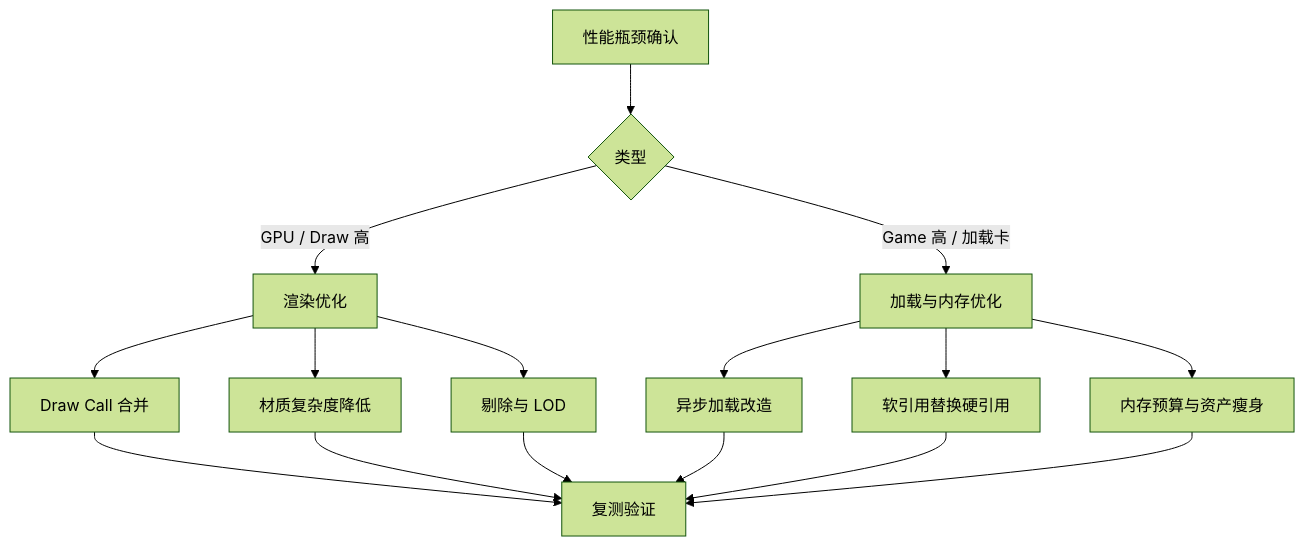
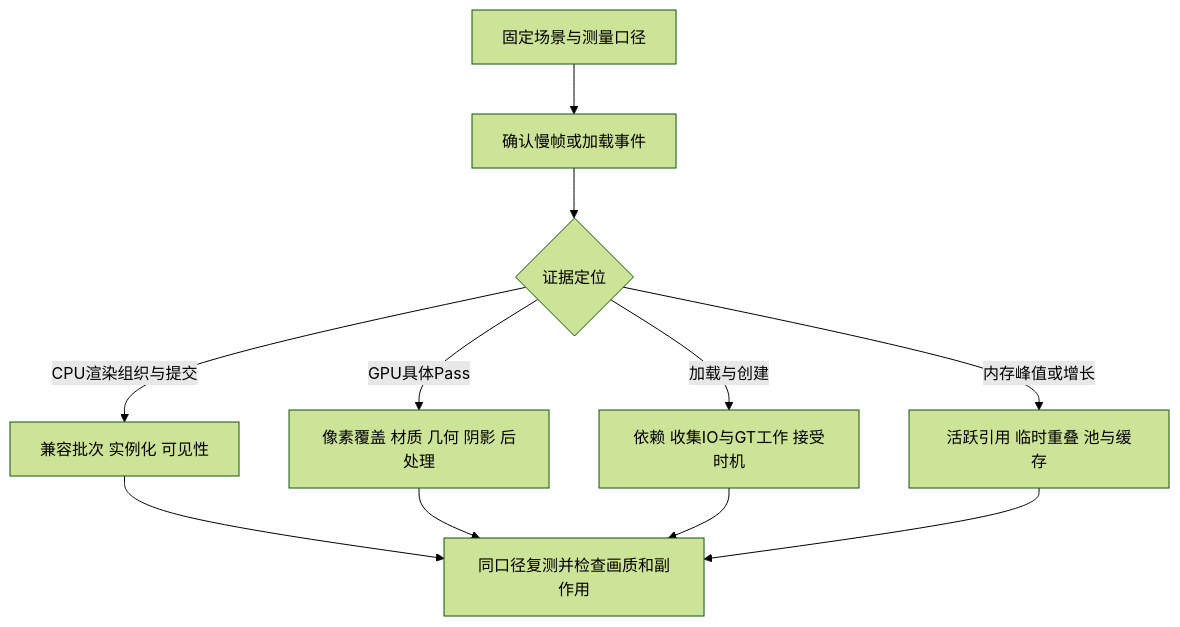
The first of 6 diagrams in 知识/08-工程实践与质量/调试与性能分析/04-渲染与加载性能优化.md (fantuan812/learning), drawn with Mermaid (forest theme) before and after one commit. The commit also changed other lines of this file and 1 other file, not shown here.

````diff
--- a/知识/08-工程实践与质量/调试与性能分析/04-渲染与加载性能优化.md
+++ b/知识/08-工程实践与质量/调试与性能分析/04-渲染与加载性能优化.md
@@ -22,18 +24,13 @@
 ```mermaid
 flowchart TD
-    A[性能瓶颈确认] --> B{类型}
-    B -->|GPU / Draw 高| C[渲染优化]
-    B -->|Game 高 / 加载卡| D[加载与内存优化]
-    C --> C1[Draw Call 合并]
-    C --> C2[材质复杂度降低]
-    C --> C3[剔除与 LOD]
-    D --> D1[异步加载改造]
-    D --> D2[软引用替换硬引用]
-    D --> D3[内存预算与资产瘦身]
-    C1 --> E[复测验证]
-    C2 --> E
-    C3 --> E
-    D1 --> E
-    D2 --> E
-    D3 --> E
+    A[固定场景与测量口径] --> B[确认慢帧或加载事件]
+    B --> C{证据定位}
+    C -->|CPU渲染组织与提交| D[兼容批次 实例化 可见性]
+    C -->|GPU具体Pass| E[像素覆盖 材质 几何 阴影 后处理]
+    C -->|加载与创建| F[依赖 收集IO与GT工作 接受时机]
+    C -->|内存峰值或增长| G[活跃引用 临时重叠 池与缓存]
+    D --> H[同口径复测并检查画质和副作用]
+    E --> H
+    F --> H
+    G --> H
 ```
````
